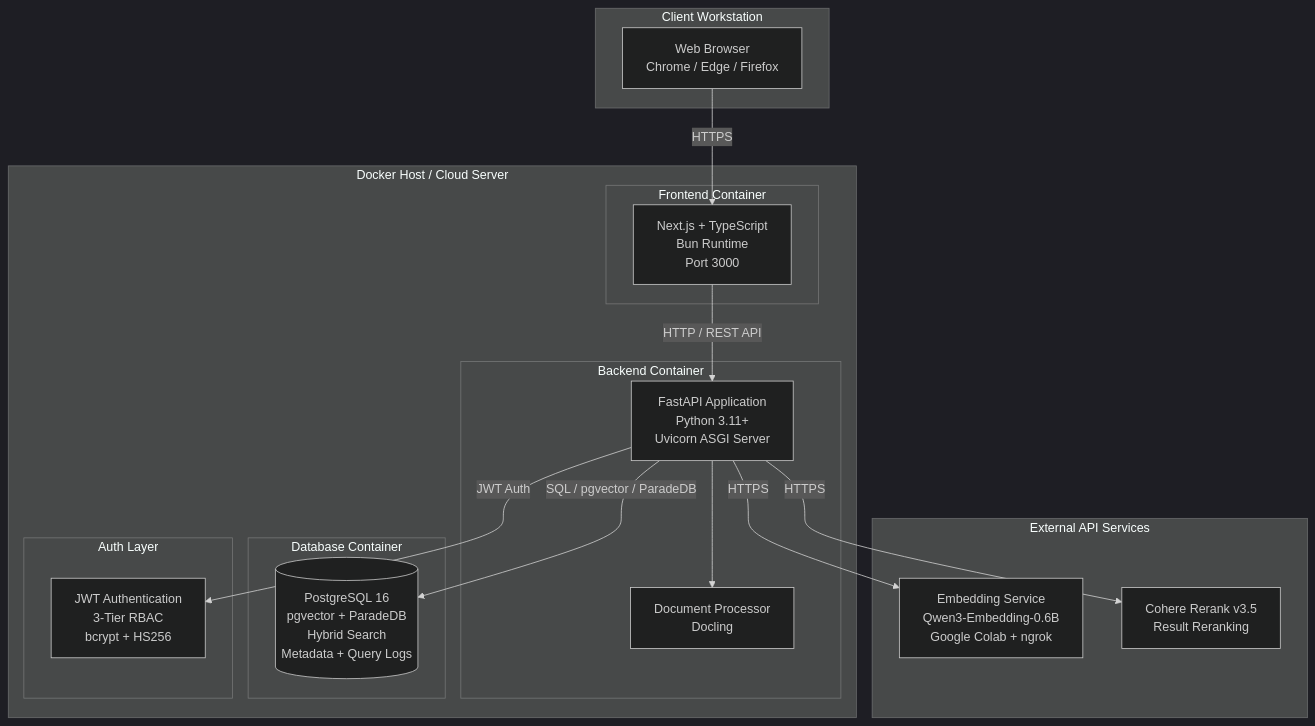
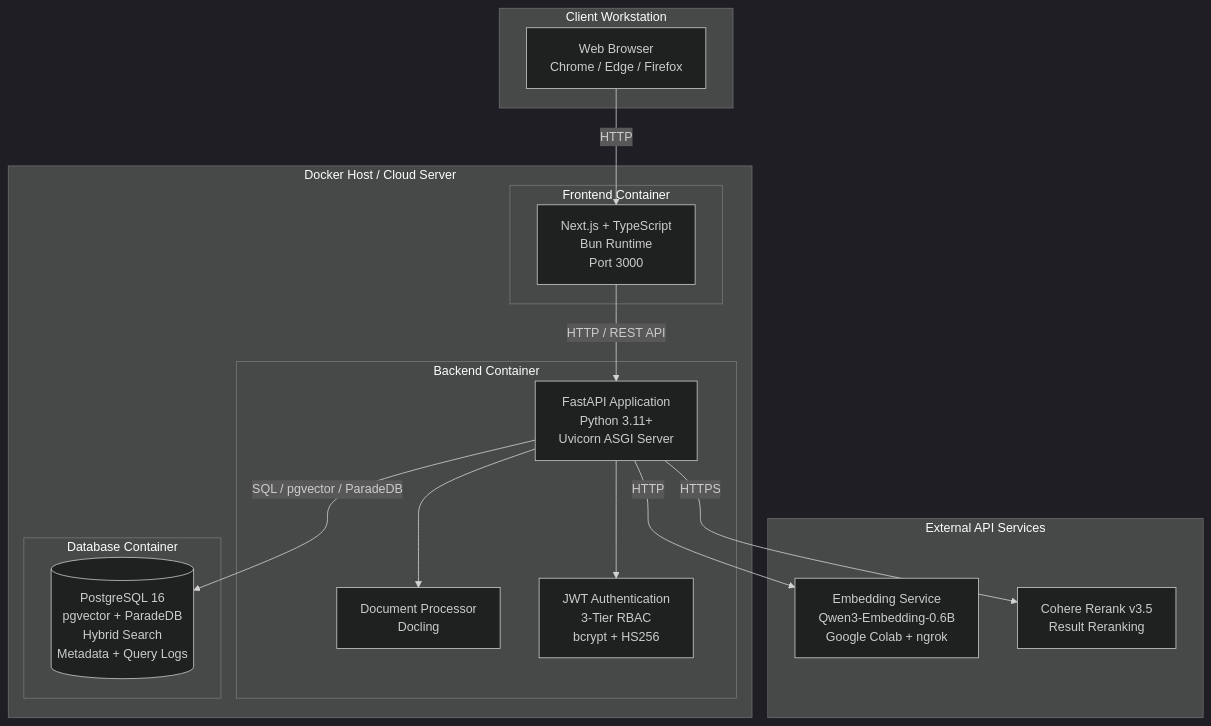
One commit to FlyM1ss/capstone-project changed the diagram in software-engineering/diagrams/deployment.mmd. Above: the diagram before and after it, drawn with Mermaid (dark theme). The commit also changed 12 other files, not shown here.

```diff
--- a/software-engineering/diagrams/deployment.mmd
+++ b/software-engineering/diagrams/deployment.mmd
@@ -1,36 +1,33 @@
 graph TB
     subgraph Client Workstation
         Browser[Web Browser<br/>Chrome / Edge / Firefox]
     end
 
     subgraph Docker Host / Cloud Server
         subgraph Frontend Container
             NextApp[Next.js + TypeScript<br/>Bun Runtime<br/>Port 3000]
         end
 
         subgraph Backend Container
             FastAPI[FastAPI Application<br/>Python 3.11+<br/>Uvicorn ASGI Server]
             DocProc[Document Processor<br/>Docling]
+            JWTAuth[JWT Authentication<br/>3-Tier RBAC<br/>bcrypt + HS256]
         end
 
         subgraph Database Container
             PG[(PostgreSQL 16<br/>pgvector + ParadeDB<br/>Hybrid Search<br/>Metadata + Query Logs)]
-        end
-
-        subgraph Auth Layer
-            NextAuth[JWT Authentication<br/>3-Tier RBAC<br/>bcrypt + HS256]
         end
     end
 
     subgraph External API Services
         EmbedAPI[Embedding Service<br/>Qwen3-Embedding-0.6B<br/>Google Colab + ngrok]
         CohereRerank[Cohere Rerank v3.5<br/>Result Reranking]
     end
 
-    Browser -->|HTTPS| NextApp
+    Browser -->|HTTP| NextApp
     NextApp -->|HTTP / REST API| FastAPI
     FastAPI -->|SQL / pgvector / ParadeDB| PG
     FastAPI -->|HTTPS| CohereRerank
-    FastAPI -->|HTTPS| EmbedAPI
+    FastAPI -->|HTTP| EmbedAPI
     FastAPI --> DocProc
-    FastAPI -->|JWT Auth| NextAuth
+    FastAPI --> JWTAuth
```
